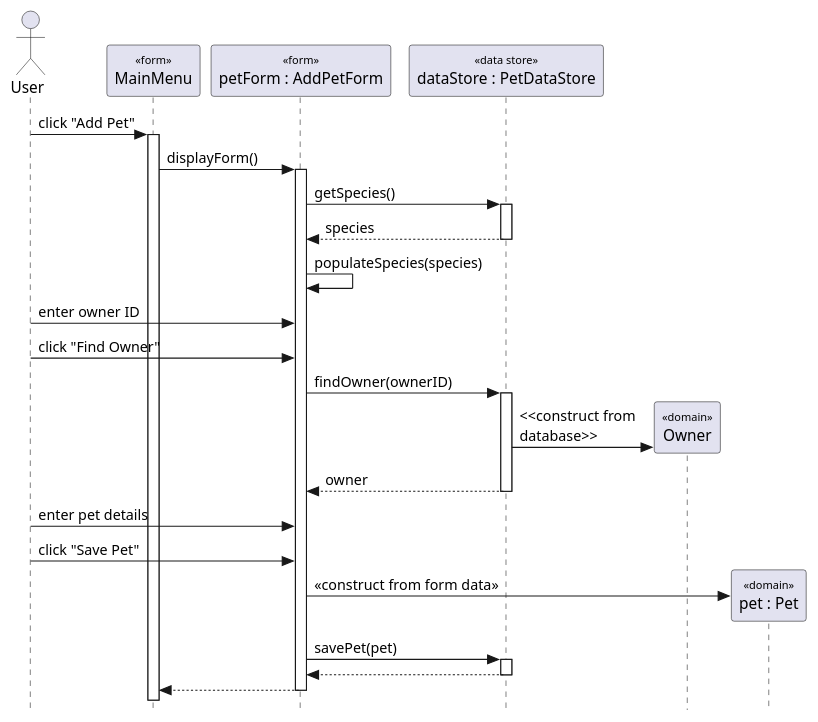
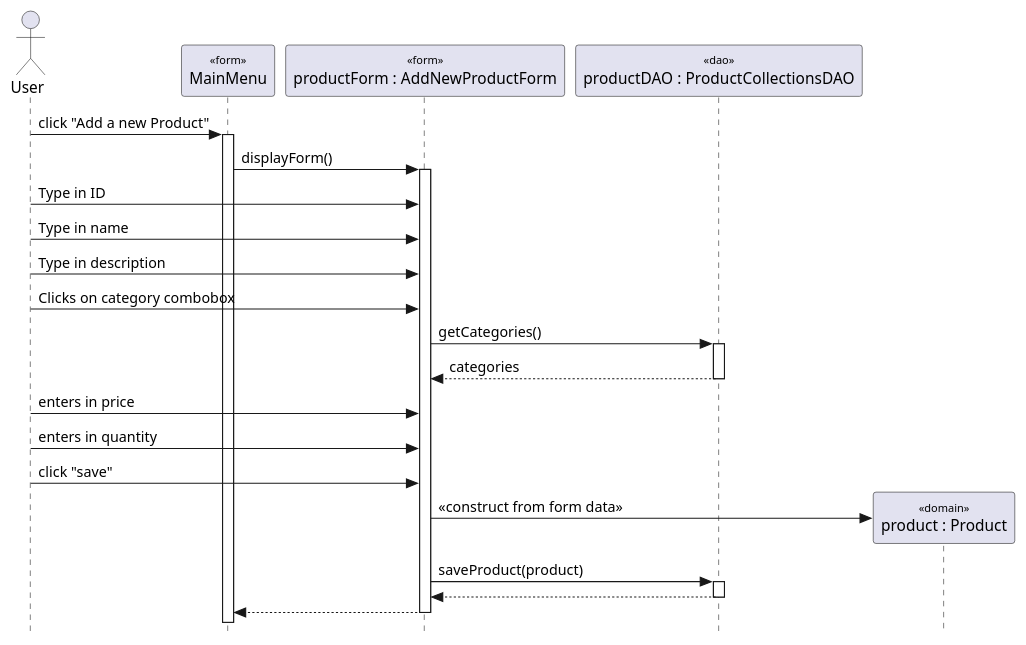
Before and after one commit to JacobGear/Info202-project: the diagram in info202_project/diagrams/AddNewProduct sequence.puml, drawn with PlantUML.

Commit message:
Updated sequence diagram

```diff
--- a/info202_project/diagrams/AddNewProduct sequence.puml
+++ b/info202_project/diagrams/AddNewProduct sequence.puml
@@ -1,51 +1,46 @@
 @startuml
 
 skinparam {
   Style StrictUML
   SequenceStereotype {
     Font {
       Size 10
       Style plain
     }
   }
 }
 
 actor "User" as user
 participant "MainMenu" as menu <<form>>
-participant "petForm : AddPetForm" as petForm <<form>>
-participant "dataStore : PetDataStore" as dataStore <<data store>>
-participant "Owner" as owner <<domain>>
-participant "pet : Pet" as pet <<domain>>
+participant "productForm : AddNewProductForm" as form <<form>>
+participant "productDAO : ProductCollectionsDAO" as dao  <<dao>>
+participant "product : Product" as product <<domain>> 
 
-user -> menu : click "Add Pet"
+user -> menu : click "Add a new Product"
 menu++
 
-menu -> petForm : displayForm()
-petForm++
+menu -> form : displayForm()
+form++
 
-petForm -> dataStore : getSpecies()
-dataStore++
-return species
+user -> form : Type in ID
+user -> form : Type in name
+user -> form : Type in description
+user -> form : Clicks on category combobox
 
-petForm -> petForm : populateSpecies(species)
+form -> dao : getCategories() 
+dao++
+return categories
 
-user -> petForm : enter owner ID
-user -> petForm : click "Find Owner"
+user -> form : enters in price
+user -> form : enters in quantity
 
-petForm -> dataStore : findOwner(ownerID)
-dataStore++
-create owner
-dataStore -> owner : <<construct from\ndatabase>>
-return owner
+user -> form : click "save"
+create product
+form -> product : <<construct from form data>>
 
-user -> petForm : enter pet details
-
-user -> petForm : click "Save Pet"
-create pet
-petForm -> pet : <<construct from form data>>
-petForm -> dataStore : savePet(pet)
-dataStore++
+form -> dao : saveProduct(product)
+dao++
 return
 
 return
 @enduml
```
